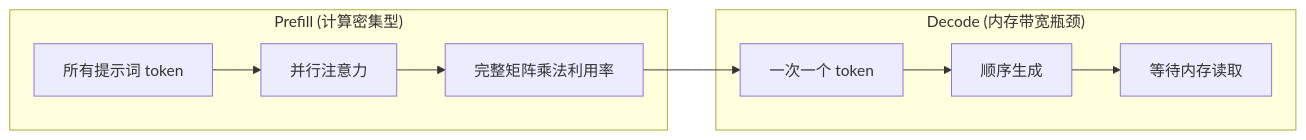
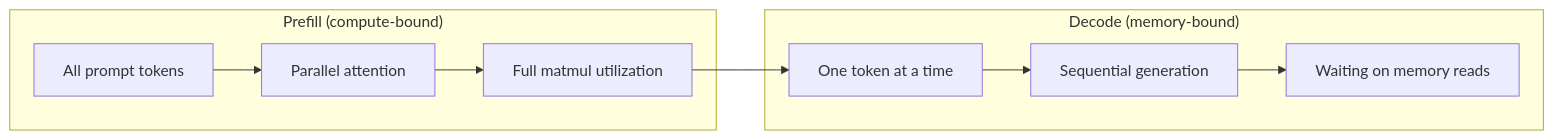
One commit to xiaojiaenen/ai-engineering-from-scratch-zh changed the first of 5 diagrams in i18n/zh/phases/10-llms-from-scratch/12-inference-optimization/docs/zh.md. Above: the diagram before and after it, drawn with Mermaid. The commit also changed other lines of this file and 24 other files, not shown here.

````diff
--- a/i18n/zh/phases/10-llms-from-scratch/12-inference-optimization/docs/zh.md
+++ b/i18n/zh/phases/10-llms-from-scratch/12-inference-optimization/docs/zh.md
@@ -37,14 +37,14 @@
 ```mermaid
 graph LR
-    subgraph "Prefill (计算密集型)"
-        P1["所有提示词 token"] --> P2["并行注意力"]
-        P2 --> P3["完整矩阵乘法利用率"]
+    subgraph "Prefill (compute-bound)"
+        P1["All prompt tokens"] --> P2["Parallel attention"]
+        P2 --> P3["Full matmul utilization"]
     end
 
-    subgraph "Decode (内存带宽瓶颈)"
-        D1["一次一个 token"] --> D2["顺序生成"]
-        D2 --> D3["等待内存读取"]
+    subgraph "Decode (memory-bound)"
+        D1["One token at a time"] --> D2["Sequential generation"]
+        D2 --> D3["Waiting on memory reads"]
     end
 
     P3 --> D1
 ```
````
